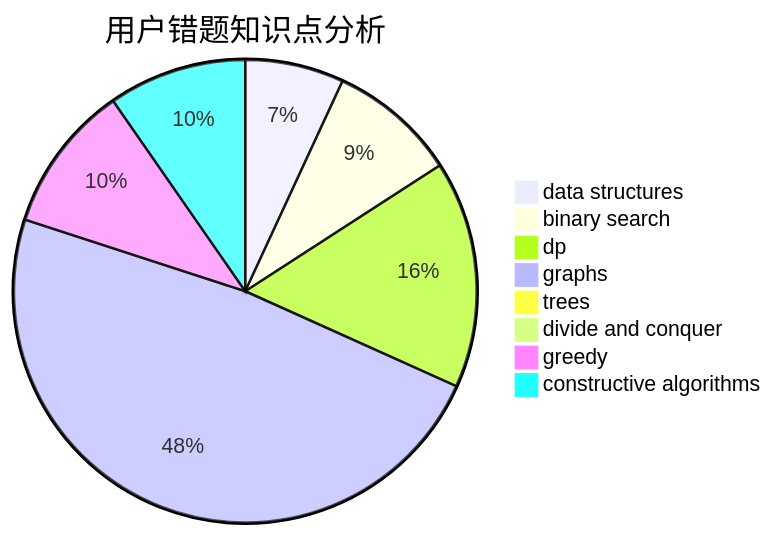
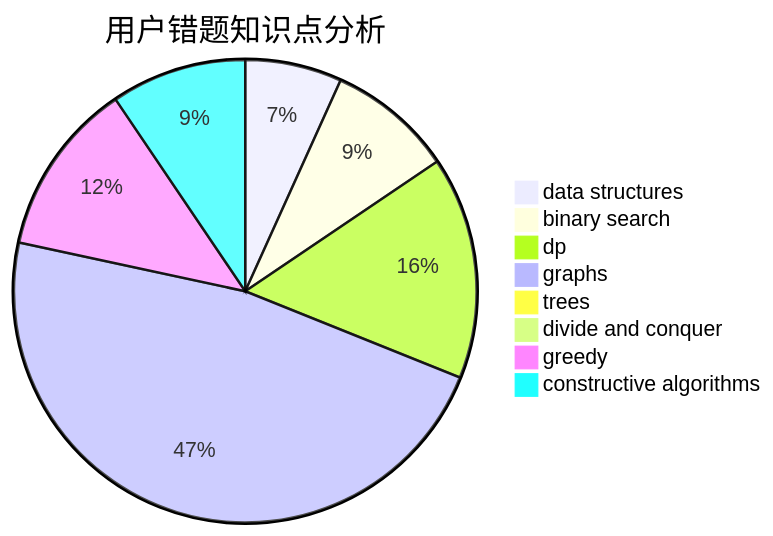
The third of 3 diagrams in docs/user/u1049.md (sherpahu/cfrs.github.io), drawn with Mermaid before and after one commit. The commit also changed other lines of this file and 2770 other files, not shown here.

````diff
--- a/docs/user/u1049.md
+++ b/docs/user/u1049.md
@@ -36,11 +36,11 @@
 ```mermaid
 pie title 用户错题知识点分析
     "data structures" :  10
     "binary search" :  13
     "dp" :  23
     "graphs" :  70
     "trees" :  0
     "divide and conquer" :  0
-    "greedy" :  15
+    "greedy" :  18
     "constructive algorithms" :  14
 ```
````
